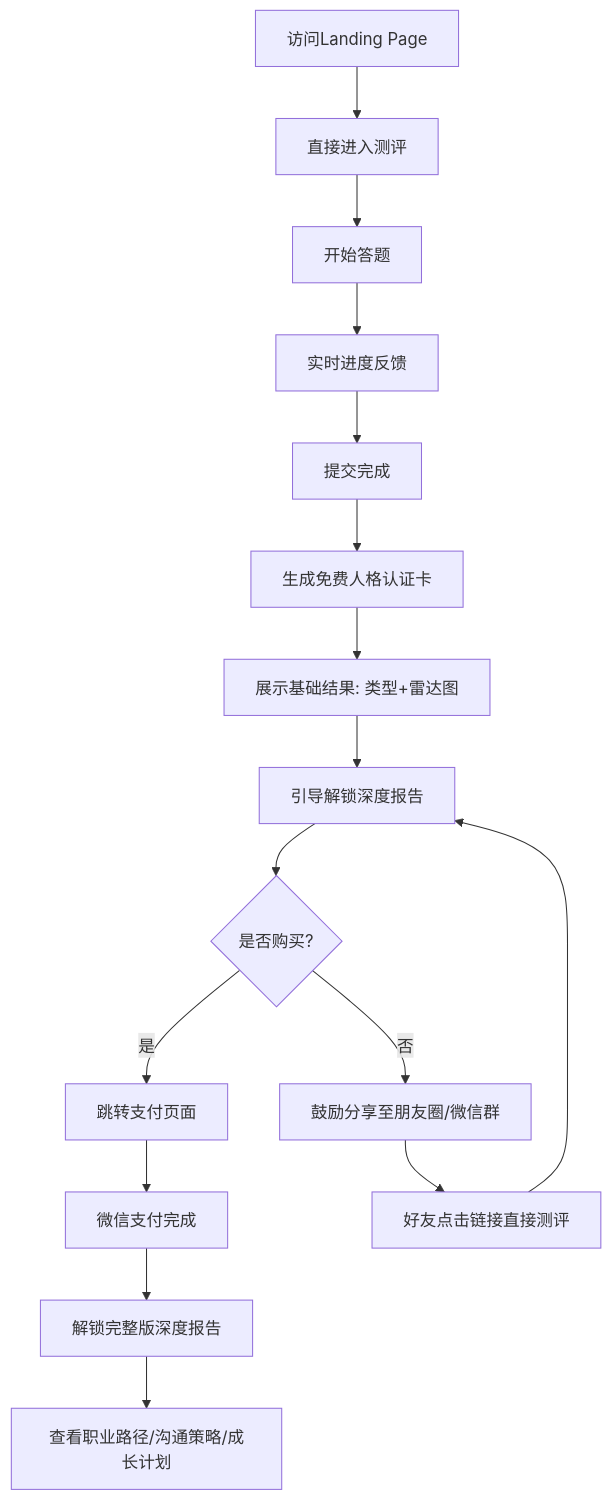
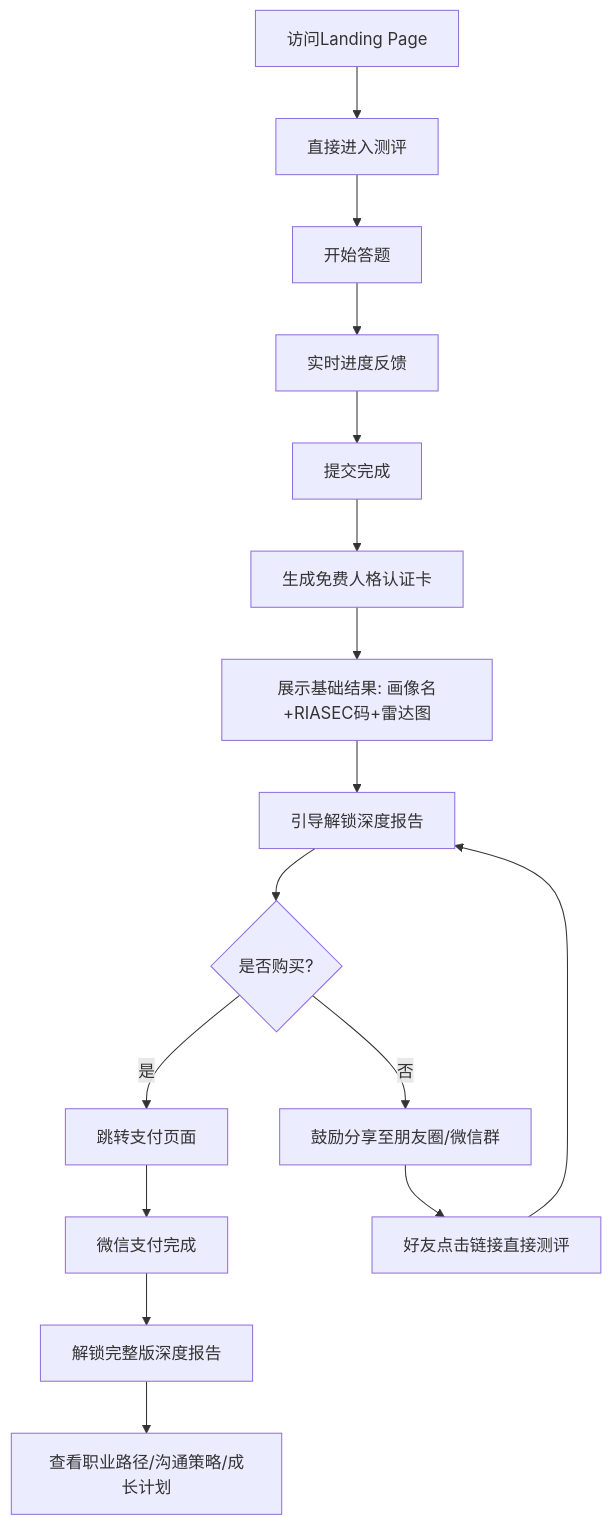
Before and after one commit to PyDarren/Career-Test: the diagram in docs/PRD.md, drawn with Mermaid. The commit also changed other lines of this file and 3 other files, not shown here.

````diff
--- a/docs/PRD.md
+++ b/docs/PRD.md
@@ -115,18 +118,18 @@
 ```mermaid
 graph TD
     A[访问Landing Page] --> D[直接进入测评]
     D --> E[开始答题]
     E --> F[实时进度反馈]
     F --> G[提交完成]
     G --> H[生成免费人格认证卡]
-    H --> I[展示基础结果: 类型+雷达图]
+    H --> I[展示基础结果: 画像名+RIASEC码+雷达图]
     I --> J[引导解锁深度报告]
     J --> K{是否购买?}
     K -- 否 --> L[鼓励分享至朋友圈/微信群]
     K -- 是 --> M[跳转支付页面]
     M --> N[微信支付完成]
     N --> O[解锁完整版深度报告]
     O --> P[查看职业路径/沟通策略/成长计划]
     L --> Q[好友点击链接直接测评]
     Q --> J
 ```
````
